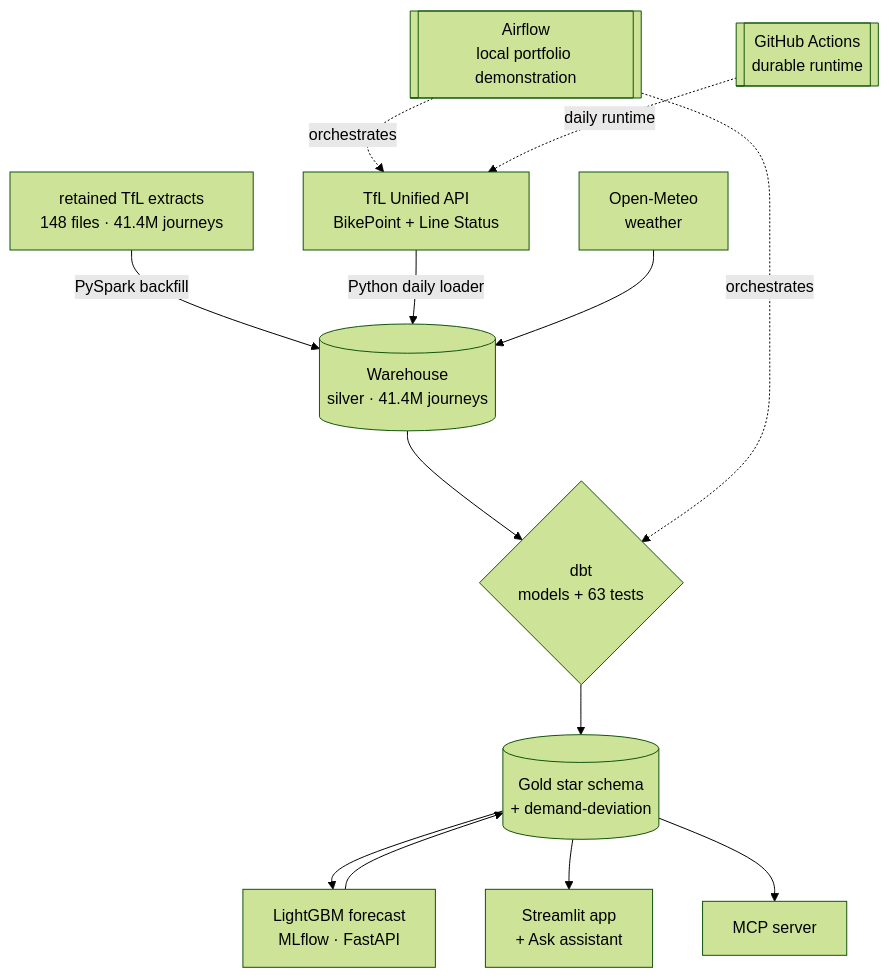
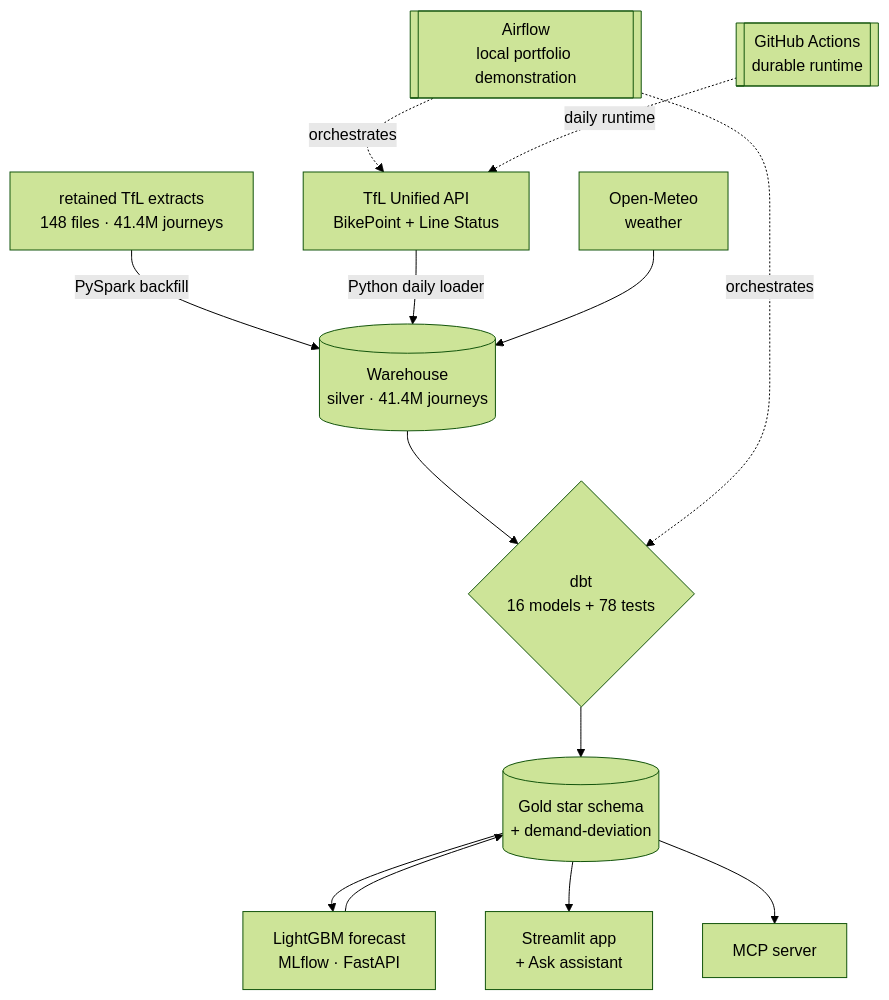
One commit to rosscyking1115/tfl-data-engineering changed the diagram in README.md. Above: the diagram before and after it, drawn with Mermaid (forest theme). The commit also changed other lines of this file, not shown here.

````diff
--- a/README.md
+++ b/README.md
@@ -102,15 +125,15 @@
 ```mermaid
 flowchart TD
     A[retained TfL extracts<br/>148 files · 41.4M journeys] -->|PySpark backfill| S[(Warehouse<br/>silver · 41.4M journeys)]
     API[TfL Unified API<br/>BikePoint + Line Status] -->|Python daily loader| S
     W[Open-Meteo<br/>weather] --> S
-    S --> D{dbt<br/>models + 63 tests}
+    S --> D{dbt<br/>16 models + 78 tests}
     D --> G[(Gold star schema<br/>+ demand-deviation)]
     G --> ML[LightGBM forecast<br/>MLflow · FastAPI]
     ML --> G
     G --> APP[Streamlit app<br/>+ Ask assistant]
     G --> MCP[MCP server]
     AF[[Airflow<br/>local portfolio demonstration]] -.orchestrates.-> API
     AF -.orchestrates.-> D
     GH[[GitHub Actions<br/>durable runtime]] -.daily runtime.-> API
 ```
````
